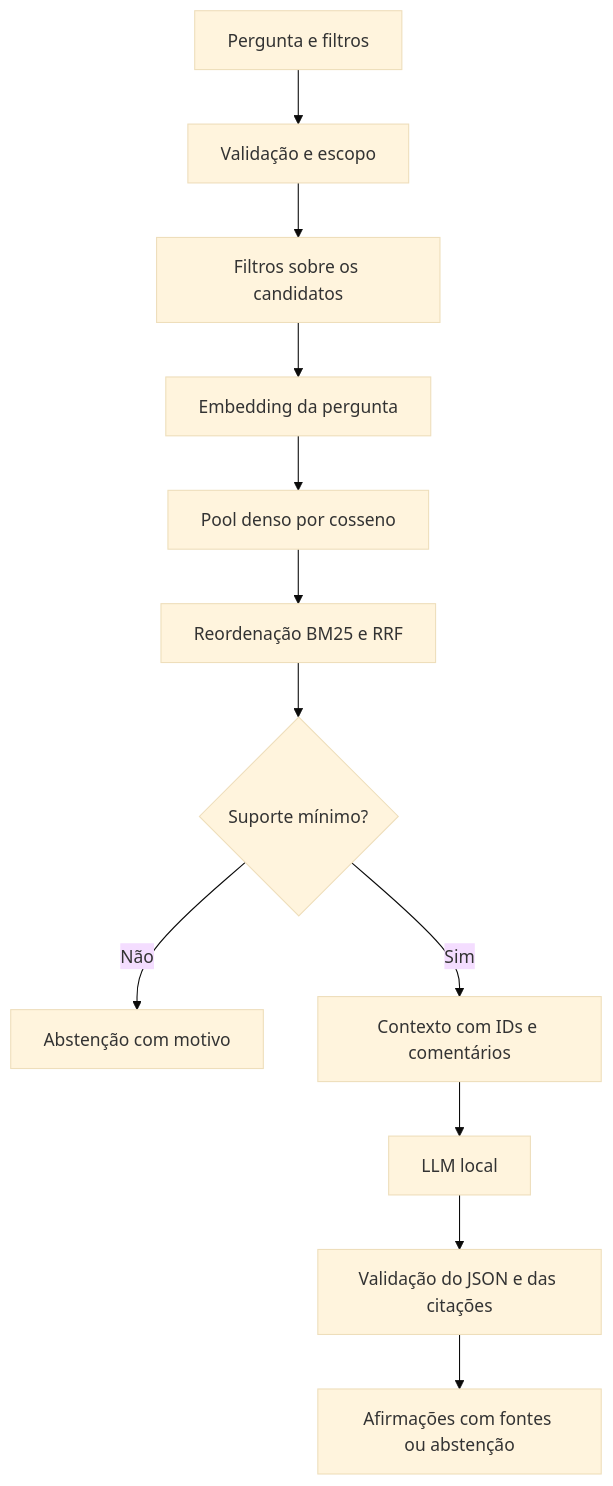
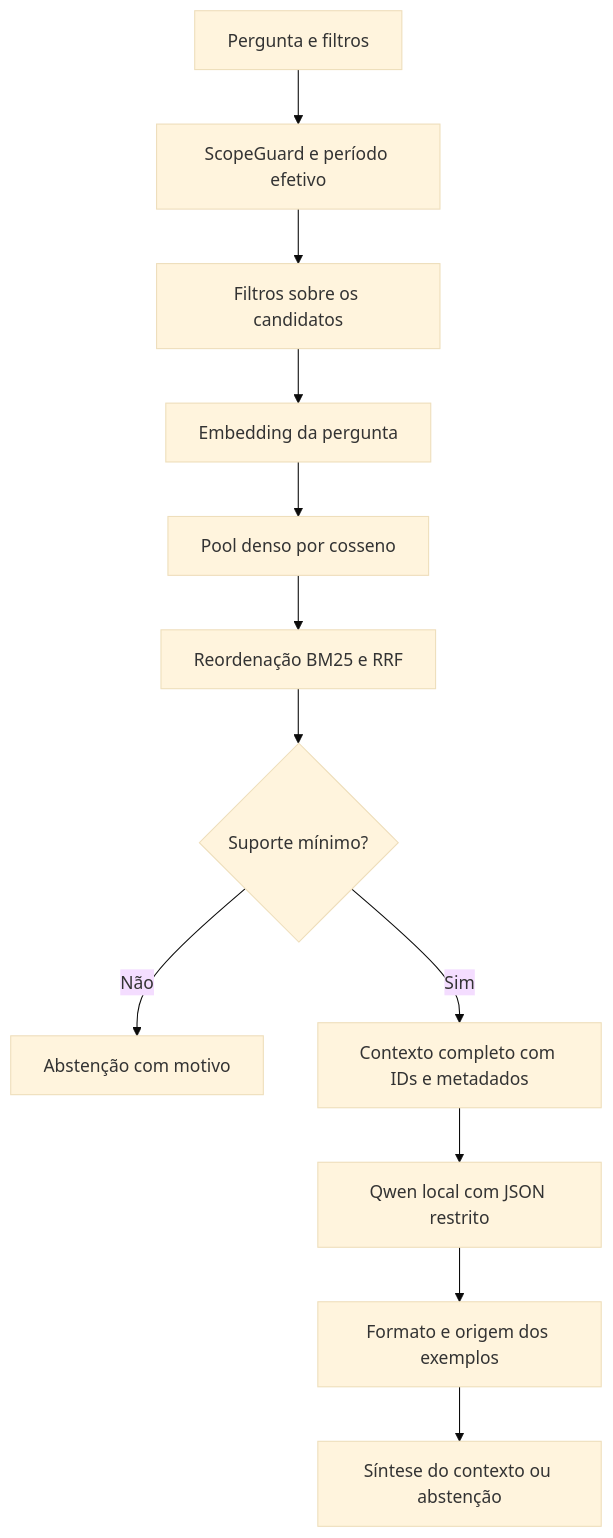
Before and after one commit to renatobortolotto/fiap-fase4: the second of 2 diagrams in docs/arquitetura.md, drawn with Mermaid (base theme). The commit also changed other lines of this file and 33 other files, not shown here.

Commit message:
Fix clean setup and review RAG responses with local Qwen 7B

````diff
--- a/docs/arquitetura.md
+++ b/docs/arquitetura.md
@@ -31,14 +37,14 @@
 ```mermaid
 flowchart TD
-    A[Pergunta e filtros] --> B[Validação e escopo]
+    A[Pergunta e filtros] --> B[ScopeGuard e período efetivo]
     B --> C[Filtros sobre os candidatos]
     C --> D[Embedding da pergunta]
     D --> E[Pool denso por cosseno]
     E --> L[Reordenação BM25 e RRF]
     L --> F{Suporte mínimo?}
     F -- Não --> G[Abstenção com motivo]
-    F -- Sim --> H[Contexto com IDs e comentários]
-    H --> I[LLM local]
-    I --> J[Validação do JSON e das citações]
-    J --> K[Afirmações com fontes ou abstenção]
+    F -- Sim --> H[Contexto completo com IDs e metadados]
+    H --> I[Qwen local com JSON restrito]
+    I --> J[Formato e origem dos exemplos]
+    J --> K[Síntese do contexto ou abstenção]
 ```
````
